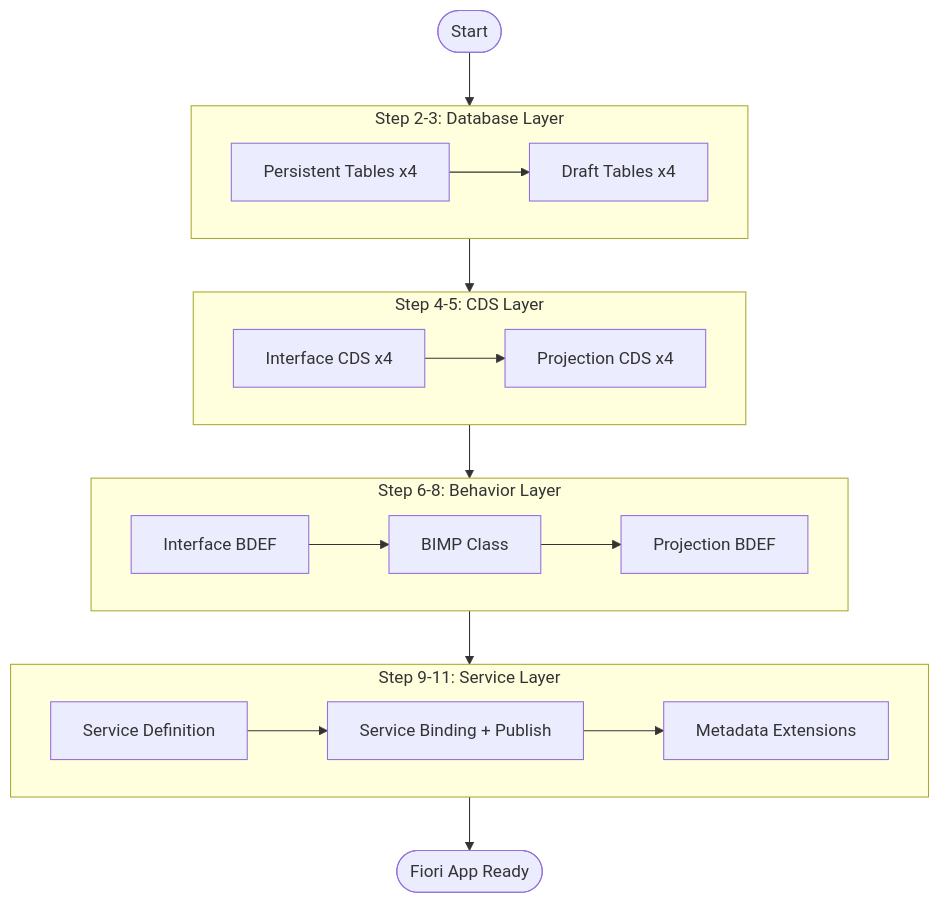
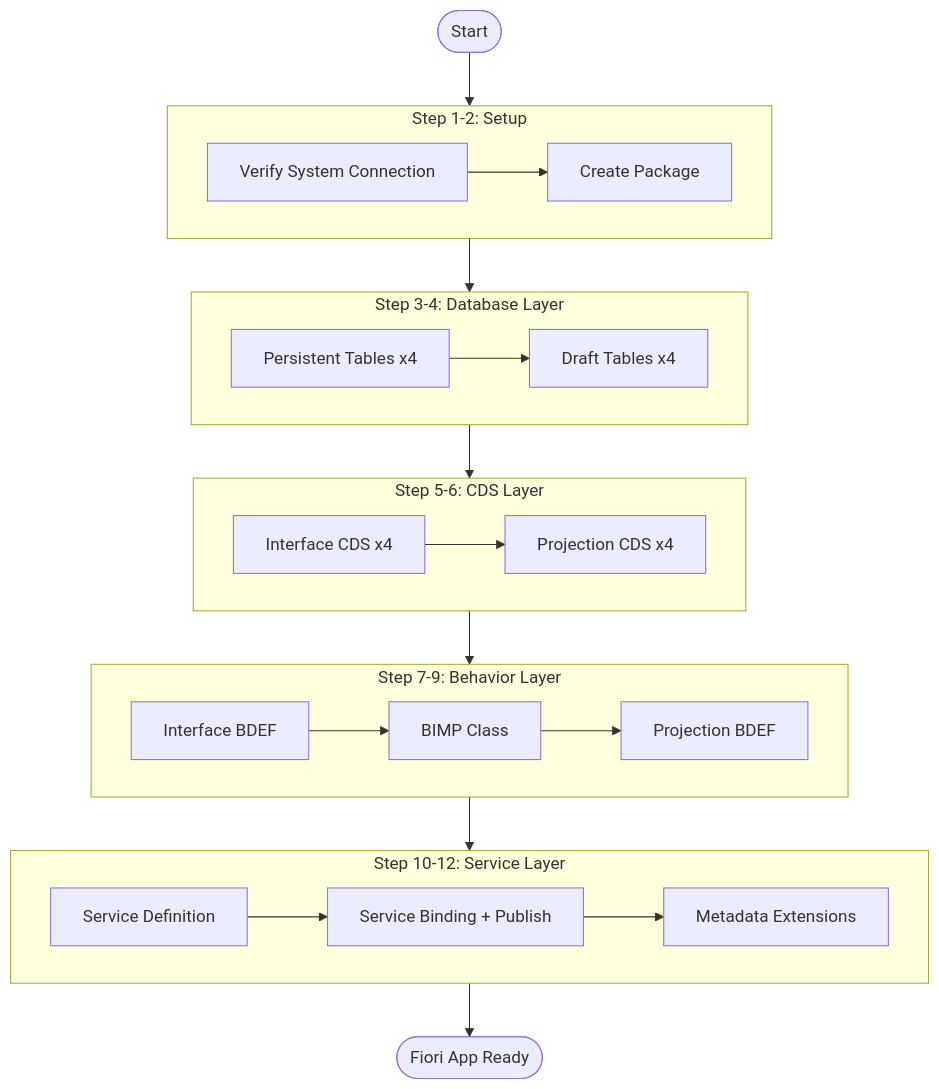
The tenth of 10 diagrams in docs/tutorials/rap-bo-creation.md (fr0ster/cloud-llm-hub), drawn with Mermaid before and after one commit. The commit also changed other lines of this file, not shown here.

First line of the commit message:
docs: tutorial — add TEST_ package prefix, domains, data elements

````diff
--- a/docs/tutorials/rap-bo-creation.md
+++ b/docs/tutorials/rap-bo-creation.md
@@ -583,30 +758,36 @@
 ```mermaid
 flowchart TB
-    START([Start]) --> TABLES
+    START([Start]) --> SETUP
 
-    subgraph TABLES[Step 2-3: Database Layer]
+    subgraph SETUP[Step 1-2: Setup]
+        S0[Verify System Connection] --> S1[Create Package]
+    end
+
+    SETUP --> TABLES
+
+    subgraph TABLES[Step 3-4: Database Layer]
         T1[Persistent Tables x4] --> T2[Draft Tables x4]
     end
 
     TABLES --> CDS
 
-    subgraph CDS[Step 4-5: CDS Layer]
+    subgraph CDS[Step 5-6: CDS Layer]
         C1[Interface CDS x4] --> C2[Projection CDS x4]
     end
 
     CDS --> BEHAVIOR
 
-    subgraph BEHAVIOR[Step 6-8: Behavior Layer]
+    subgraph BEHAVIOR[Step 7-9: Behavior Layer]
         B1[Interface BDEF] --> B2[BIMP Class]
         B2 --> B3[Projection BDEF]
     end
 
     BEHAVIOR --> SERVICE
 
-    subgraph SERVICE[Step 9-11: Service Layer]
-        S1[Service Definition] --> S2[Service Binding + Publish]
+    subgraph SERVICE[Step 10-12: Service Layer]
+        S1a[Service Definition] --> S2[Service Binding + Publish]
         S2 --> S3[Metadata Extensions]
     end
 
     SERVICE --> DONE([Fiori App Ready])
 ```
````
